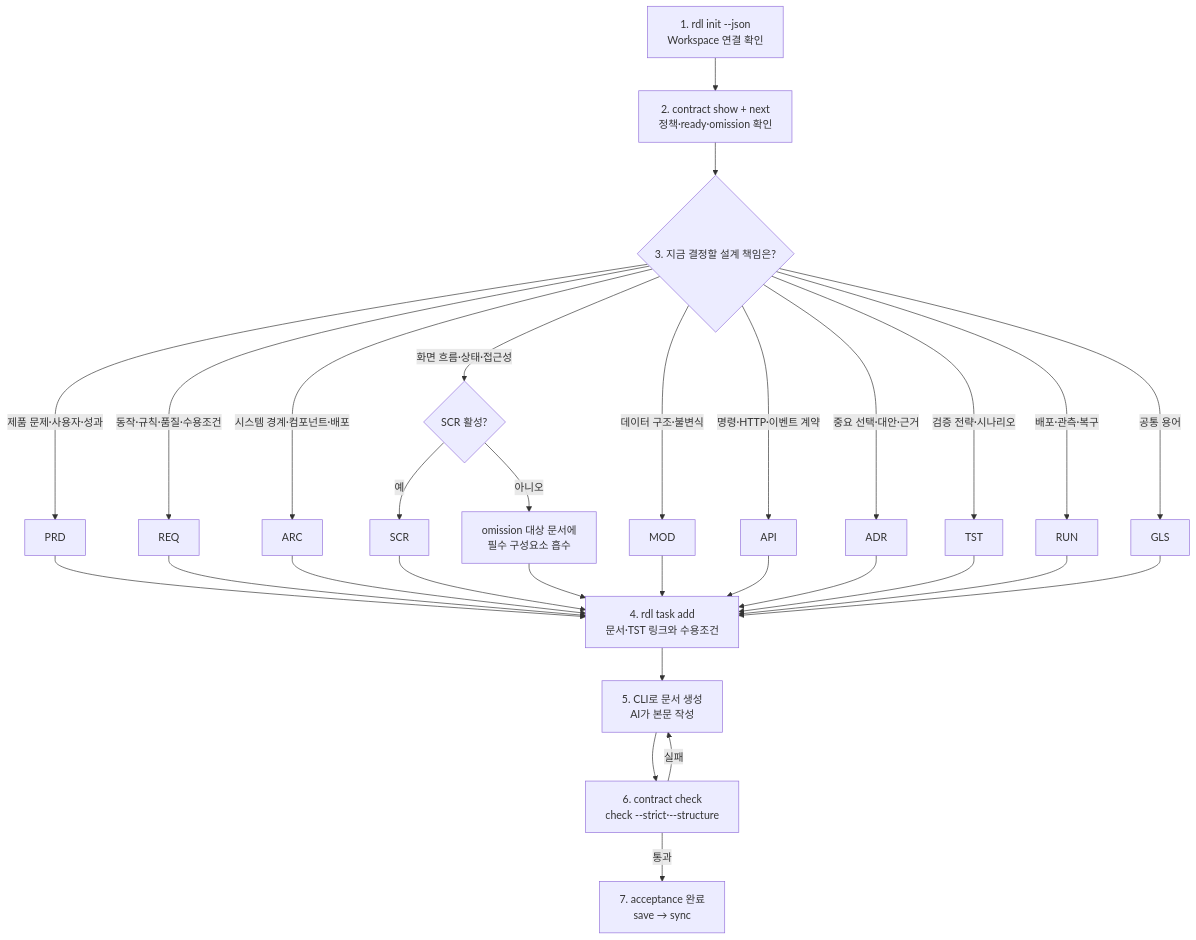
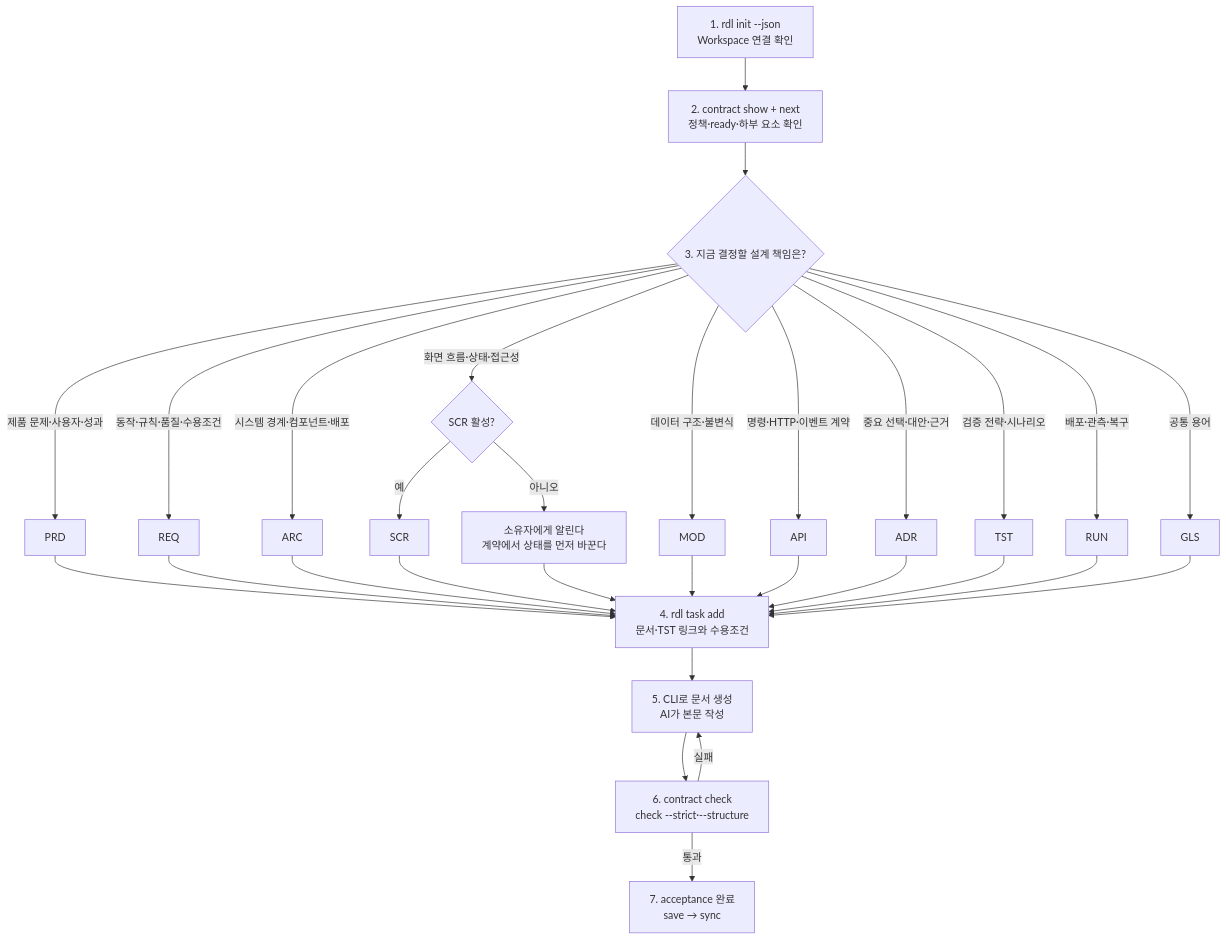
Before and after one commit to runtime-co-kr/rundol: the second of 4 diagrams in docs/requirements/REQ-012-명령줄-AI-스킬-보드-통합-규격.md, drawn with Mermaid. The commit also changed other lines of this file and 5 other files, not shown here.

Commit message:
rdl: update workspace

````diff
--- a/docs/requirements/REQ-012-명령줄-AI-스킬-보드-통합-규격.md
+++ b/docs/requirements/REQ-012-명령줄-AI-스킬-보드-통합-규격.md
@@ -87,32 +87,32 @@
 ```mermaid
 flowchart TD
-    START["1. rdl init --json\nWorkspace 연결 확인"] --> CONTRACT["2. contract show + next\n정책·ready·omission 확인"]
+    START["1. rdl init --json\nWorkspace 연결 확인"] --> CONTRACT["2. contract show + next\n정책·ready·하부 요소 확인"]
     CONTRACT --> INTENT{"3. 지금 결정할 설계 책임은?"}
     INTENT -->|"제품 문제·사용자·성과"| PRD["PRD"]
     INTENT -->|"동작·규칙·품질·수용조건"| REQ["REQ"]
     INTENT -->|"시스템 경계·컴포넌트·배포"| ARC["ARC"]
     INTENT -->|"화면 흐름·상태·접근성"| SCR{"SCR 활성?"}
     SCR -->|"예"| SCRDOC["SCR"]
-    SCR -->|"아니오"| ABSORB["omission 대상 문서에\n필수 구성요소 흡수"]
+    SCR -->|"아니오"| RAISE["소유자에게 알린다\n계약에서 상태를 먼저 바꾼다"]
     INTENT -->|"데이터 구조·불변식"| MOD["MOD"]
     INTENT -->|"명령·HTTP·이벤트 계약"| API["API"]
     INTENT -->|"중요 선택·대안·근거"| ADR["ADR"]
     INTENT -->|"검증 전략·시나리오"| TST["TST"]
     INTENT -->|"배포·관측·복구"| RUN["RUN"]
     INTENT -->|"공통 용어"| GLS["GLS"]
     PRD --> TASK["4. rdl task add\n문서·TST 링크와 수용조건"]
     REQ --> TASK
     ARC --> TASK
     SCRDOC --> TASK
-    ABSORB --> TASK
+    RAISE --> TASK
     MOD --> TASK
     API --> TASK
     ADR --> TASK
     TST --> TASK
     RUN --> TASK
     GLS --> TASK
     TASK --> AUTHOR["5. CLI로 문서 생성\nAI가 본문 작성"]
     AUTHOR --> VERIFY["6. contract check\ncheck --strict·--structure"]
     VERIFY -->|"통과"| PERSIST["7. acceptance 완료\nsave → sync"]
     VERIFY -->|"실패"| AUTHOR
 ```
````
